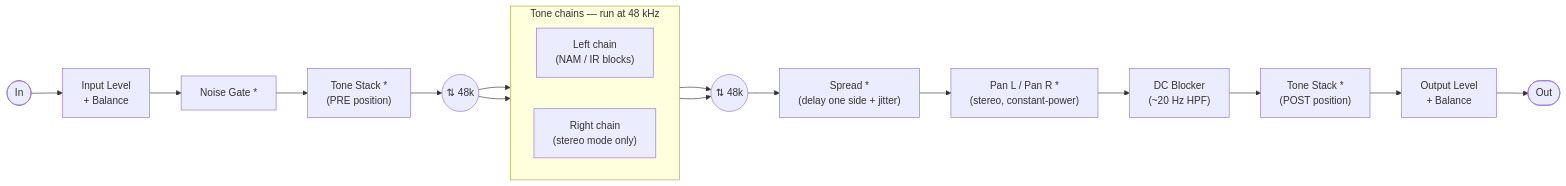
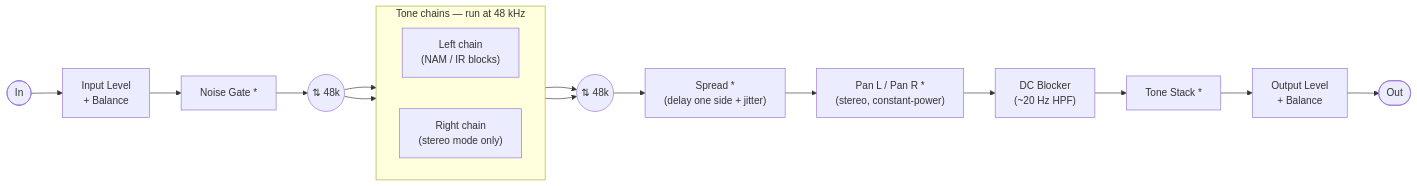
The first of 2 diagrams in README.md (tone-3000/tone3000-plugin), drawn with Mermaid before and after one commit. The commit also changed other lines of this file and 21 other files, not shown here.

````diff
--- a/README.md
+++ b/README.md
@@ -191,22 +191,21 @@
 ```mermaid
 flowchart LR
     IN([In]) --> IG["Input Level<br/>+ Balance"]
     IG --> GATE["Noise Gate&nbsp;*"]
-    GATE --> TSPRE["Tone Stack&nbsp;*<br/>(PRE position)"]
-    TSPRE --> RS(("⇅ 48k"))
+    GATE --> RS(("⇅ 48k"))
     subgraph CHAINS["Tone chains — run at 48 kHz"]
         direction LR
         CL["Left chain<br/>(NAM / IR blocks)"]
         CR["Right chain<br/>(stereo mode only)"]
     end
     RS --> CL
     RS --> CR
     CL --> RS2(("⇅ 48k"))
     CR --> RS2
     RS2 --> SPREAD["Spread&nbsp;*<br/>(delay one side + jitter)"]
     SPREAD --> PAN["Pan L / Pan R&nbsp;*<br/>(stereo, constant-power)"]
     PAN --> DCB["DC Blocker<br/>(~20 Hz HPF)"]
-    DCB --> TSPOST["Tone Stack&nbsp;*<br/>(POST position)"]
-    TSPOST --> OG["Output Level<br/>+ Balance"]
+    DCB --> TS["Tone Stack&nbsp;*"]
+    TS --> OG["Output Level<br/>+ Balance"]
     OG --> OUT([Out])
 ```
````
